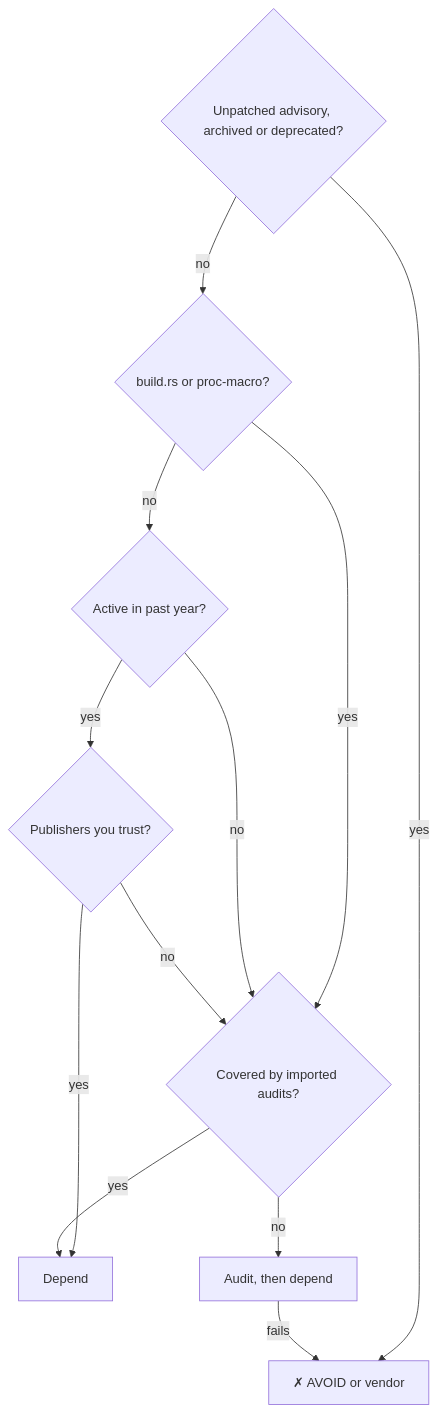
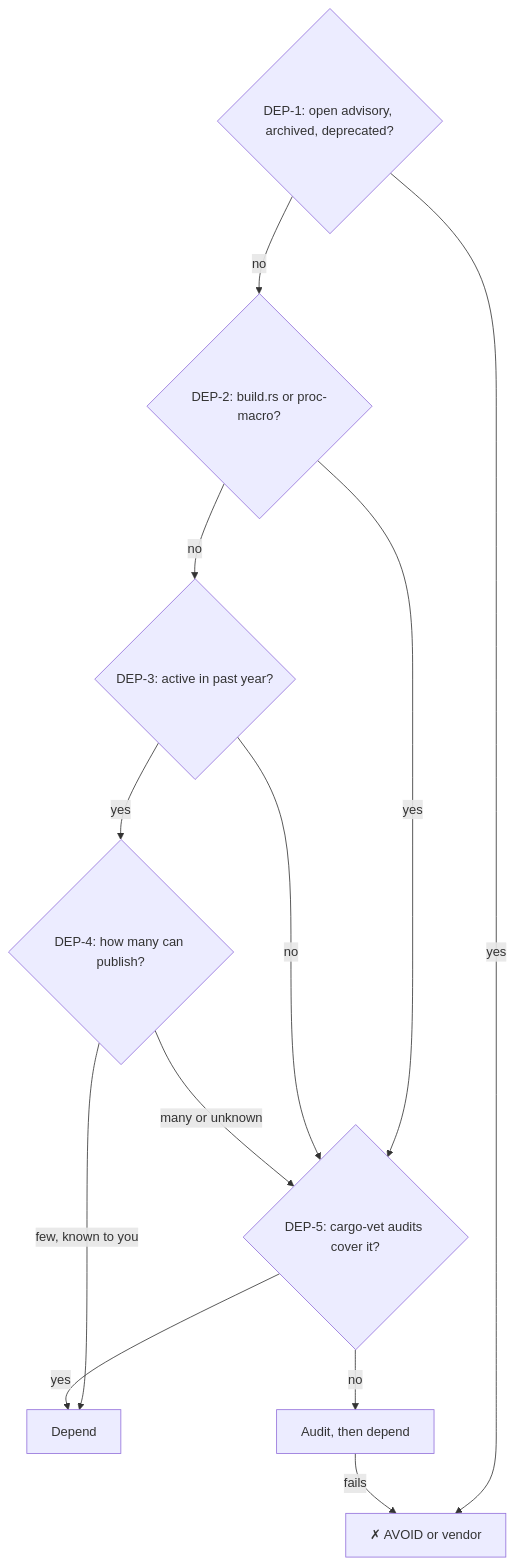
One commit to iAnonymous3000/awesome-rust-security-guide changed the second of 3 diagrams in README.md. Above: the diagram before and after it, drawn with Mermaid. The commit also changed other lines of this file and 1 other file, not shown here.

````diff
--- a/README.md
+++ b/README.md
@@ -149,16 +152,16 @@
 ```mermaid
 flowchart TD
     accTitle: Crate vetting decision flow
-    accDescr: An unpatched advisory, archived repository or deprecation means avoid or vendor. A crate with build-time code, no activity in the past year, or publishers you do not trust must be covered by imported cargo-vet audits or by your own audit. Otherwise depend on it. A failed audit means avoid or vendor.
-    Q1{"Unpatched advisory, archived or deprecated?"} -->|yes| X["✗ AVOID or vendor"]
-    Q1 -->|no| Q2{"build.rs or proc-macro?"}
-    Q2 -->|no| Q3{"Active in past year?"}
-    Q2 -->|yes| Q5{"Covered by imported audits?"}
+    accDescr: Each question is answered by the check with the same ID below. An open advisory, archived repository or deprecation (DEP-1) means avoid or vendor. A crate with build-time code (DEP-2), no activity in the past year (DEP-3), or many or unknown publishers (DEP-4) must be covered by imported cargo-vet audits (DEP-5) or by your own audit. Otherwise depend on it. A failed audit means avoid or vendor.
+    Q1{"DEP-1: open advisory, archived, deprecated?"} -->|yes| X["✗ AVOID or vendor"]
+    Q1 -->|no| Q2{"DEP-2: build.rs or proc-macro?"}
+    Q2 -->|no| Q3{"DEP-3: active in past year?"}
+    Q2 -->|yes| Q5{"DEP-5: cargo-vet audits cover it?"}
     Q3 -->|no| Q5
-    Q3 -->|yes| Q4{"Publishers you trust?"}
-    Q4 -->|no| Q5
-    Q4 -->|yes| D["Depend"]
+    Q3 -->|yes| Q4{"DEP-4: how many can publish?"}
+    Q4 -->|"many or unknown"| Q5
+    Q4 -->|"few, known to you"| D["Depend"]
     Q5 -->|yes| D
     Q5 -->|no| A["Audit, then depend"]
     A -->|fails| X
 ```
````
